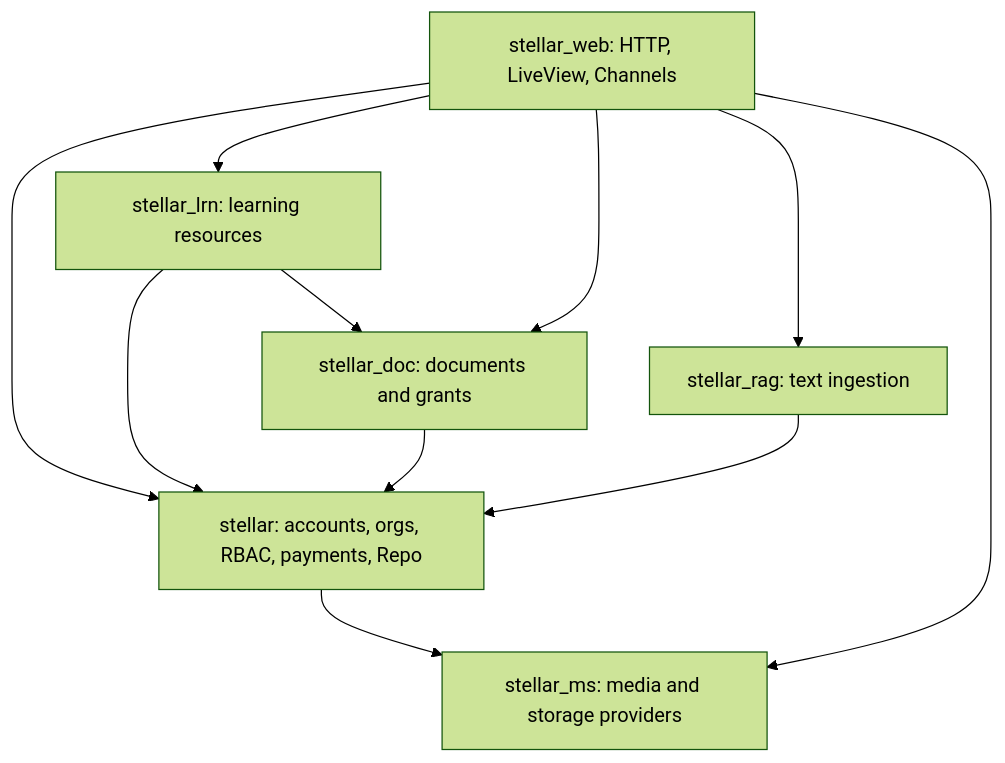
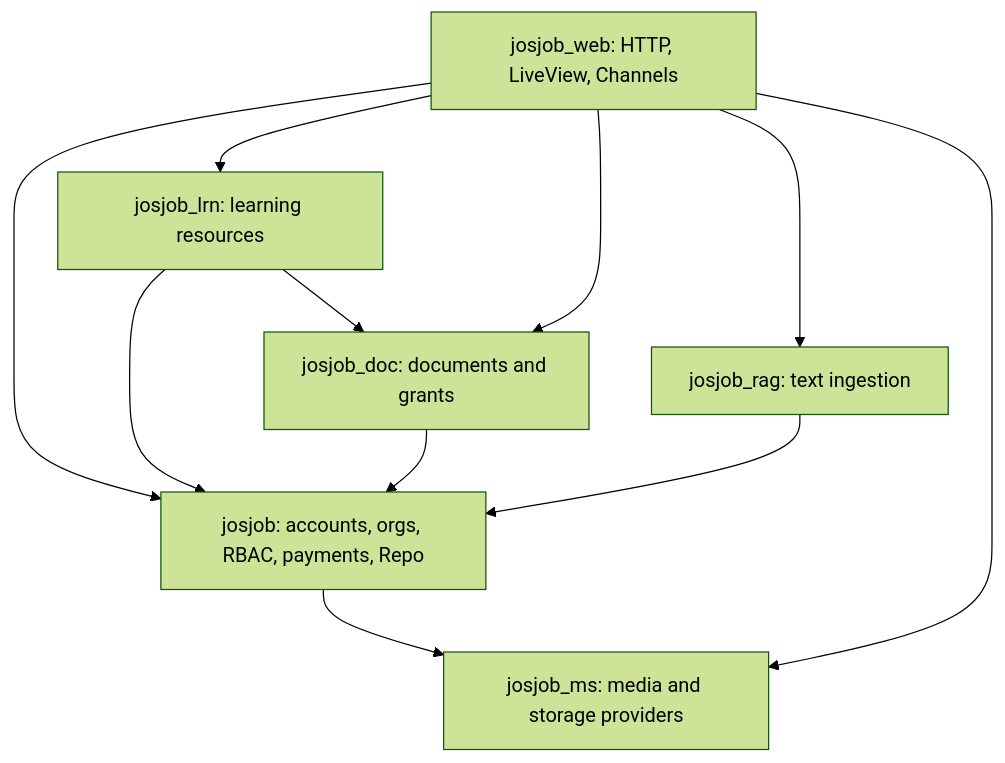
Before and after one commit to ZygmaCore/JosJob: the first of 3 diagrams in docs/PROJECT_MAP.md, drawn with Mermaid (forest theme). The commit also changed other lines of this file and 1263 other files, not shown here.

````diff
--- a/docs/PROJECT_MAP.md
+++ b/docs/PROJECT_MAP.md
@@ -42,19 +48,19 @@
 ```mermaid
 flowchart TD
-  web[stellar_web: HTTP, LiveView, Channels]
-  core[stellar: accounts, orgs, RBAC, payments, Repo]
-  learning[stellar_lrn: learning resources]
-  documents[stellar_doc: documents and grants]
-  rag[stellar_rag: text ingestion]
-  media[stellar_ms: media and storage providers]
+  web[josjob_web: HTTP, LiveView, Channels]
+  core[josjob: accounts, orgs, RBAC, payments, Repo]
+  learning[josjob_lrn: learning resources]
+  documents[josjob_doc: documents and grants]
+  rag[josjob_rag: text ingestion]
+  media[josjob_ms: media and storage providers]
   web --> core
   web --> learning
   web --> documents
   web --> rag
   web --> media
   learning --> core
   learning --> documents
   documents --> core
   rag --> core
   core --> media
 ```
````
